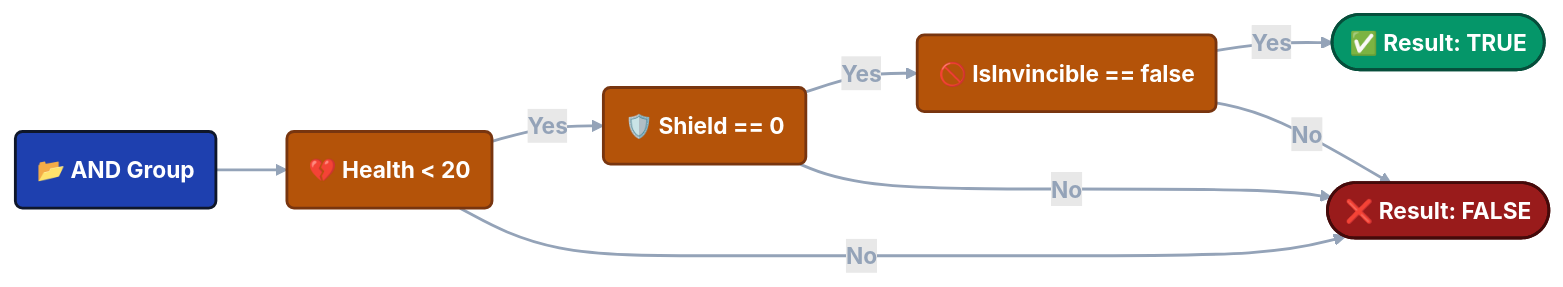
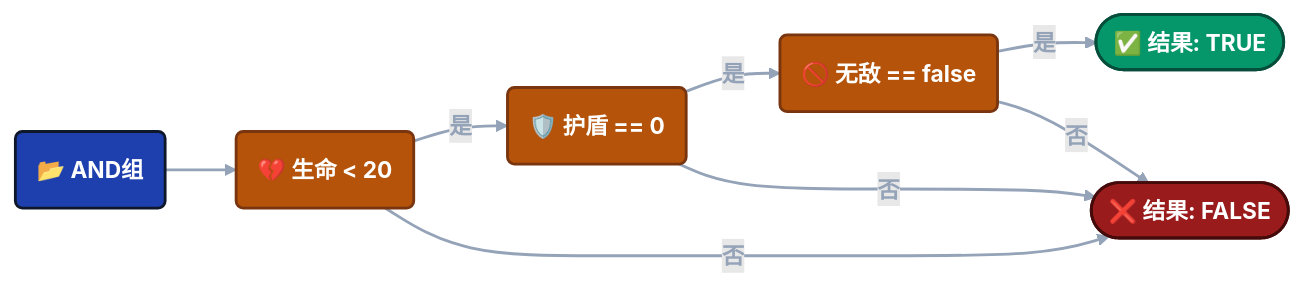
The fourth of 5 diagrams in i18n/zh/docusaurus-plugin-content-docs/current/game-event-system/visual-workflow/visual-condition-tree.md (tinygiants-tech/TinyGiants), drawn with Mermaid (forest theme) before and after one commit. The commit also changed other lines of this file and 7 other files, not shown here.

````diff
--- a/i18n/zh/docusaurus-plugin-content-docs/current/game-event-system/visual-workflow/visual-condition-tree.md
+++ b/i18n/zh/docusaurus-plugin-content-docs/current/game-event-system/visual-workflow/visual-condition-tree.md
@@ -799,29 +769,29 @@
 ```mermaid
 graph LR
 
-    A(📂 AND Group):::root
+    A(📂 AND组):::root
     
-    C1(💔 Health < 20):::cond
-    C2(🛡️ Shield == 0):::cond
-    C3(🚫 IsInvincible == false):::cond
+    C1(💔 生命 < 20):::cond
+    C2(🛡️ 护盾 == 0):::cond
+    C3(🚫 无敌 == false):::cond
     
-    R([✅ Result: TRUE]):::success
-    F([❌ Result: FALSE]):::fail
+    R([✅ 结果: TRUE]):::success
+    F([❌ 结果: FALSE]):::fail
 
     A --> C1
     
-    C1 -- Yes --> C2
-    C2 -- Yes --> C3
-    C3 -- Yes --> R
+    C1 -- 是 --> C2
+    C2 -- 是 --> C3
+    C3 -- 是 --> R
 
-    C1 -- No --> F
-    C2 -- No --> F
-    C3 -- No --> F
+    C1 -- 否 --> F
+    C2 -- 否 --> F
+    C3 -- 否 --> F
 
     classDef root fill:#1e40af,stroke:#0f172a,stroke-width:2px,color:#ffffff,font-weight:bold
     classDef cond fill:#b45309,stroke:#78350f,stroke-width:2px,color:#ffffff,font-weight:bold
     classDef success fill:#059669,stroke:#064e3b,stroke-width:2px,color:#ffffff,font-weight:bold
     classDef fail fill:#991b1b,stroke:#450a0a,stroke-width:2px,color:#ffffff,font-weight:bold
 
     linkStyle default stroke:#94a3b8,stroke-width:2px,color:#94a3b8
 ```
````
